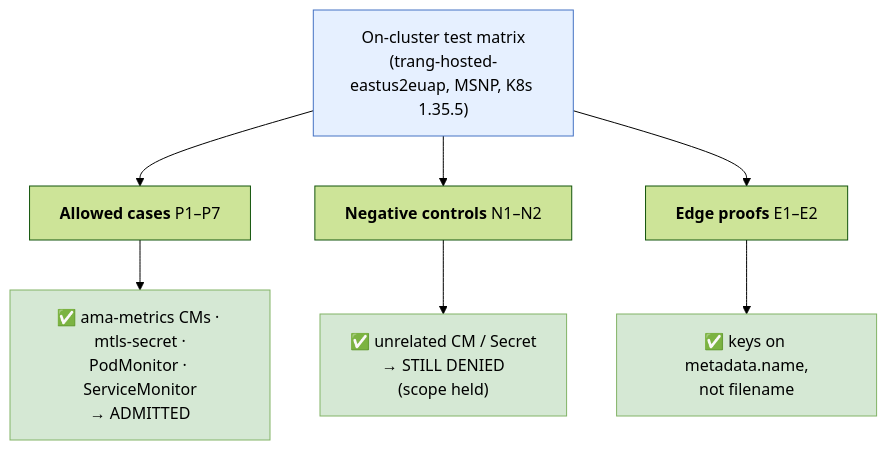
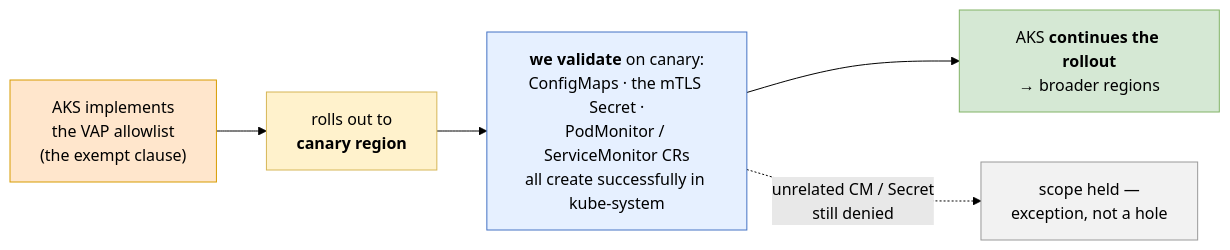
The tenth of 11 diagrams in custom-ns/doc/automatic-investigation/aks-vap-demo-diagrams.md (Azure/prometheus-collector), drawn with Mermaid (forest theme) before and after one commit. The commit also changed other lines of this file, not shown here.

First line of the commit message:
docs(custom-ns): polish demo doc — parallel RCA, AKS suggestions, rollout, bonus

````diff
--- a/custom-ns/doc/automatic-investigation/aks-vap-demo-diagrams.md
+++ b/custom-ns/doc/automatic-investigation/aks-vap-demo-diagrams.md
@@ -246,17 +264,13 @@
 ```mermaid
-flowchart TD
-    T["On-cluster test matrix<br/>(trang-hosted-eastus2euap, MSNP, K8s 1.35.5)"]
+flowchart LR
+    A["AKS implements<br/>the VAP allowlist<br/>(the exempt clause)"] --> B["rolls out to<br/><b>canary region</b>"]
+    B --> C["<b>we validate</b> on canary:<br/>ConfigMaps · the mTLS Secret ·<br/>PodMonitor / ServiceMonitor CRs<br/>all create successfully in kube-system"]
+    C --> D["AKS <b>continues the rollout</b><br/>→ broader regions"]
+    C -.->|"unrelated CM / Secret<br/>still denied"| SCOPE["scope held —<br/>exception, not a hole"]
 
-    T --> POS["<b>Allowed cases</b> P1–P7"]
-    T --> NEG["<b>Negative controls</b> N1–N2"]
-    T --> EDGE["<b>Edge proofs</b> E1–E2"]
-
-    POS --> POSR["✅ ama-metrics CMs · mtls-secret ·<br/>PodMonitor · ServiceMonitor<br/>→ ADMITTED"]
-    NEG --> NEGR["✅ unrelated CM / Secret<br/>→ STILL DENIED<br/>(scope held)"]
-    EDGE --> EDGER["✅ keys on metadata.name,<br/>not filename"]
-
-    style POSR fill:#d5e8d4,stroke:#82b366
-    style NEGR fill:#d5e8d4,stroke:#82b366
-    style EDGER fill:#d5e8d4,stroke:#82b366
-    style T fill:#e6f0ff,stroke:#4472c4
+    style A fill:#ffe6cc,stroke:#d79b00
+    style B fill:#fff2cc,stroke:#d6b656
+    style C fill:#e6f0ff,stroke:#4472c4
+    style D fill:#d5e8d4,stroke:#82b366
+    style SCOPE fill:#f2f2f2,stroke:#999
 ```
````
